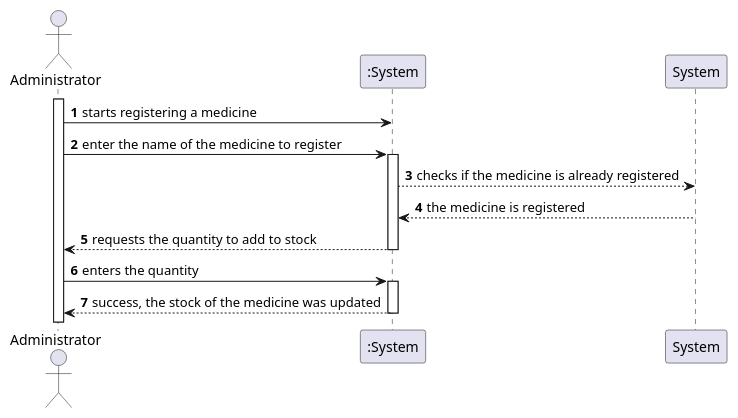
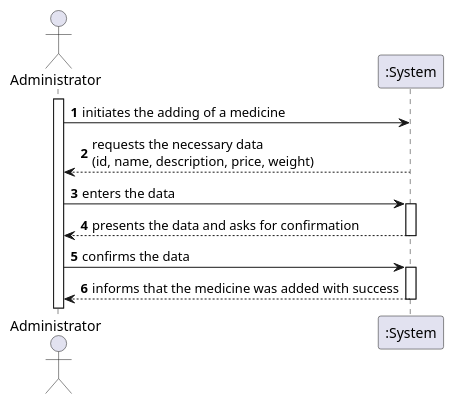
The diagram in Documents/UC10/UC10_SSD.puml (1190452/LAPR3), drawn with PlantUML before and after one commit. The commit also changed 3 other files, not shown here.

```diff
--- a/Documents/UC10/UC10_SSD.puml
+++ b/Documents/UC10/UC10_SSD.puml
@@ -1,18 +1,20 @@
 @startuml
 autonumber
 actor "Administrator" as Admin
 
 activate Admin
-Admin -> ":System" : starts registering a medicine
-Admin -> ":System" : enter the name of the medicine to register
+Admin -> ":System" : initiates the adding of a medicine
+":System" --> Admin : requests the necessary data \n(id, name, description, price, weight)
+deactivate ":System"
+
+Admin -> ":System" : enters the data
 activate ":System"
-":System" --> System : checks if the medicine is already registered
-System --> ":System" : the medicine is registered
-":System" --> Admin : requests the quantity to add to stock
+":System" --> Admin :  presents the data and asks for confirmation
 deactivate ":System"
-Admin -> ":System" : enters the quantity
+
+Admin -> ":System" : confirms the data
 activate ":System"
-":System" --> Admin : success, the stock of the medicine was updated
+":System" --> Admin : informs that the medicine was added with success 
 deactivate ":System"
 
 @enduml
```
